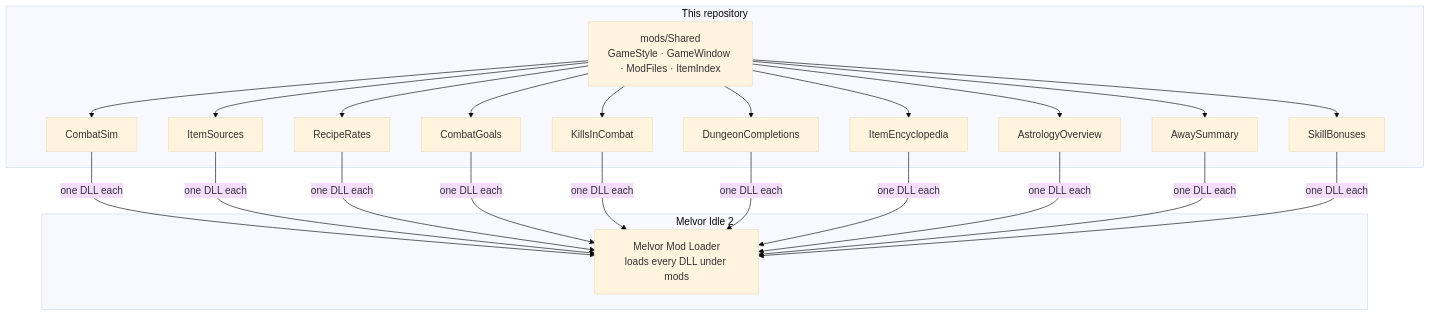
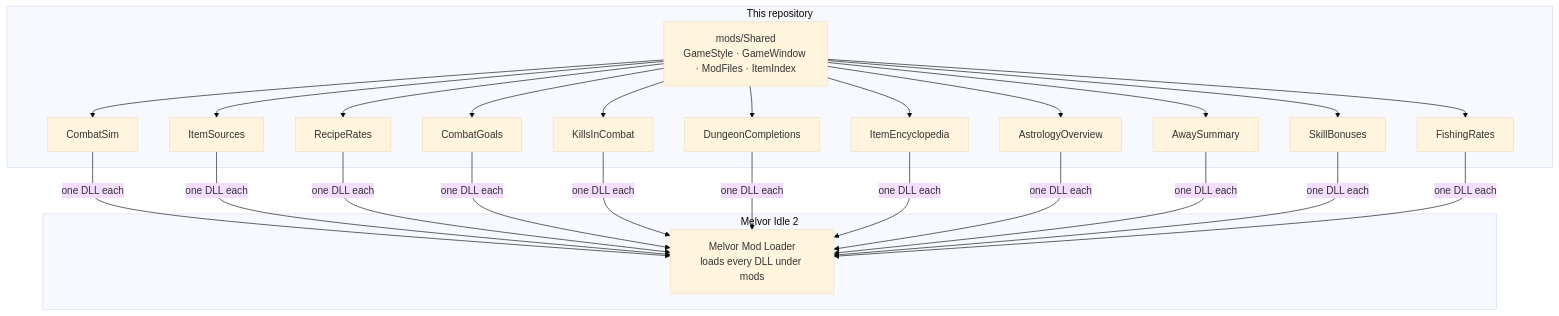
The diagram in README.md (149segolte/melvor-idle-2-qol-mods), drawn with Mermaid (base theme) before and after one commit. The commit also changed other lines of this file and 25 other files, not shown here.

First line of the commit message:
Fishing Rates: what every fishing spot gives per hour (#53)

````diff
--- a/README.md
+++ b/README.md
@@ -208,21 +217,22 @@
 ```mermaid
 flowchart TB
     subgraph game["Melvor Idle 2"]
         L["Melvor Mod Loader<br/>loads every DLL under mods"]
     end
     subgraph repo["This repository"]
         S["mods/Shared<br/>GameStyle · GameWindow · ModFiles · ItemIndex"]
         M1["CombatSim"]
         M2["ItemSources"]
         M3["RecipeRates"]
         M4["CombatGoals"]
         M5["KillsInCombat"]
         M6["DungeonCompletions"]
         M7["ItemEncyclopedia"]
         M8["AstrologyOverview"]
         M9["AwaySummary"]
         M10["SkillBonuses"]
+        M11["FishingRates"]
     end
-    S --> M1 & M2 & M3 & M4 & M5 & M6 & M7 & M8 & M9 & M10
-    M1 & M2 & M3 & M4 & M5 & M6 & M7 & M8 & M9 & M10 -->|"one DLL each"| L
+    S --> M1 & M2 & M3 & M4 & M5 & M6 & M7 & M8 & M9 & M10 & M11
+    M1 & M2 & M3 & M4 & M5 & M6 & M7 & M8 & M9 & M10 & M11 -->|"one DLL each"| L
 ```
````
